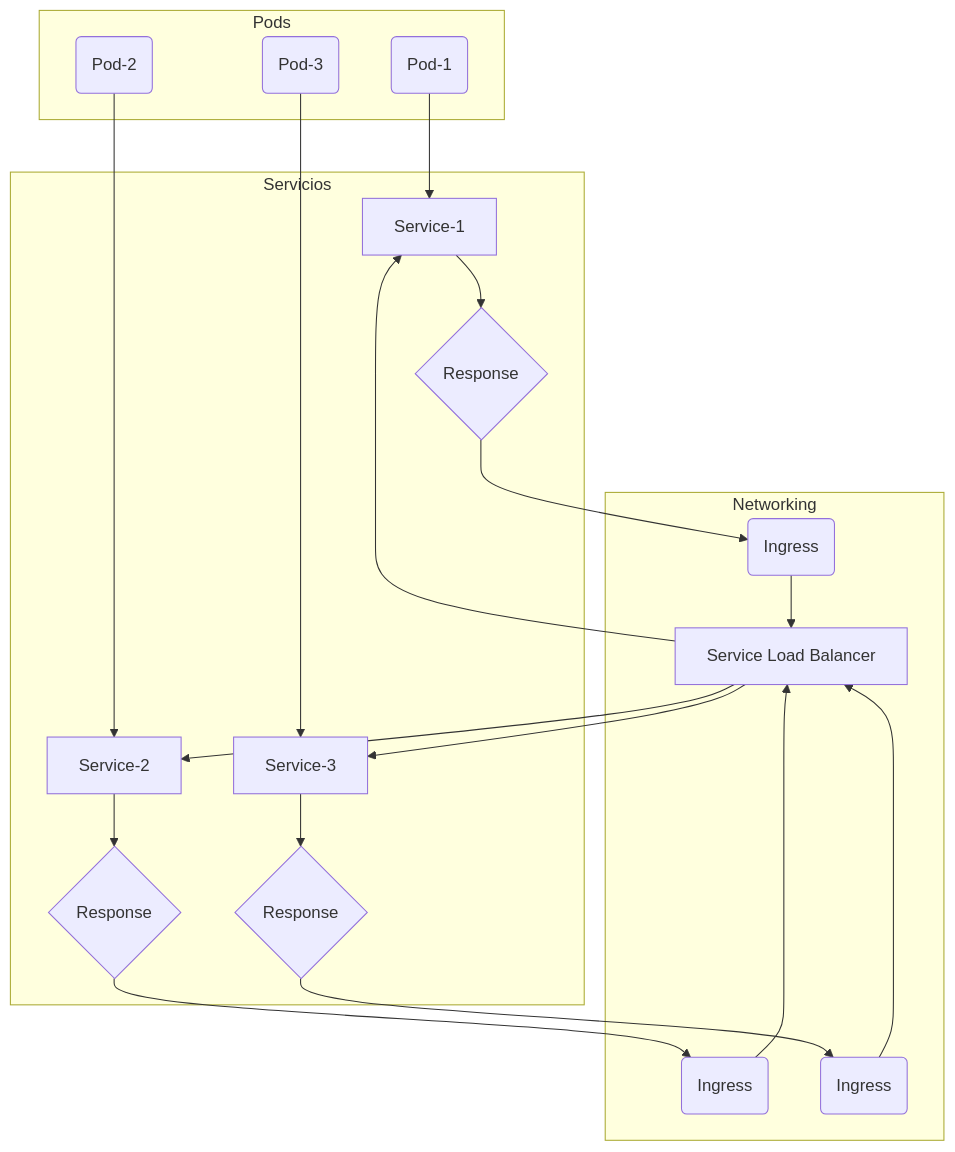
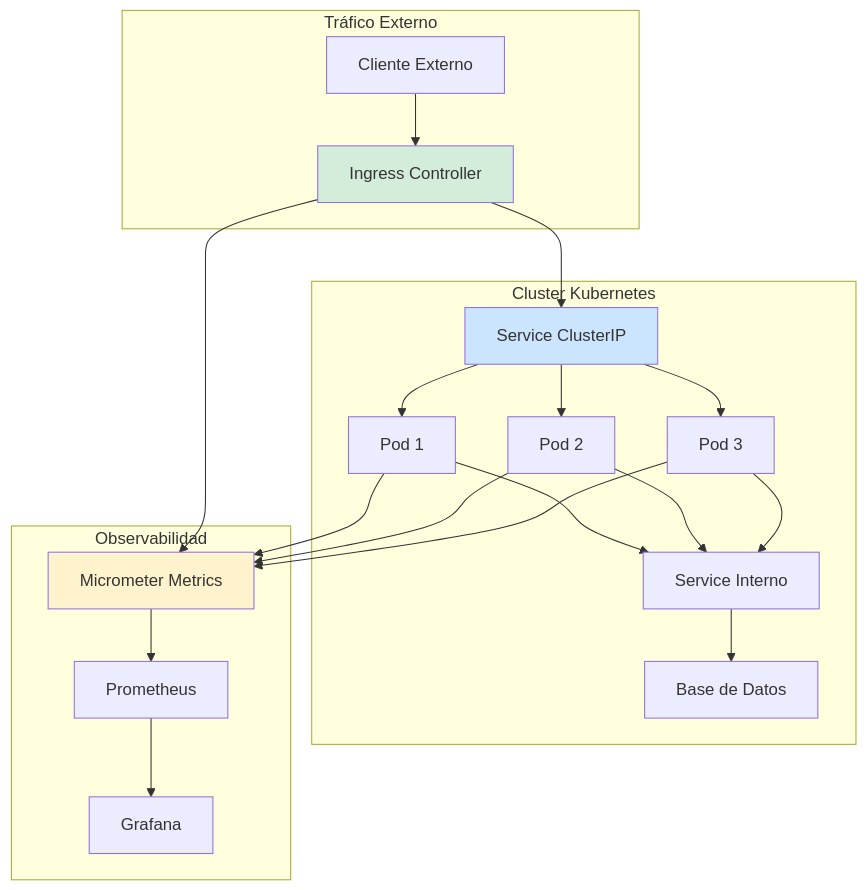
The first of 3 diagrams in _Review/networking_en_kubernetes_pods_services_ingress/networking_en_kubernetes_pods_services_ingress.md (Joaquinriosheredia/DAM-Java-Mastery), drawn with Mermaid before and after one commit. The commit also changed other lines of this file, not shown here.

Commit message:
networking_en_kubernetes_pods_services_ingress.md

````diff
--- a/_Review/networking_en_kubernetes_pods_services_ingress/networking_en_kubernetes_pods_services_ingress.md
+++ b/_Review/networking_en_kubernetes_pods_services_ingress/networking_en_kubernetes_pods_services_ingress.md
@@ -216,24 +69,32 @@
 ```mermaid
 graph TD
-    subgraph Servicios
-        A[Service-1] --> B{Response}
-        C[Service-2] --> D{Response}
-        E[Service-3] --> F{Response}
+    subgraph "Tráfico Externo"
+        CLIENT[Cliente Externo] --> INGRESS[Ingress Controller]
     end
-    subgraph Pods
-        G(Pod-1) --> A
-        H(Pod-2) --> C
-        I(Pod-3) --> E
+    
+    subgraph "Cluster Kubernetes"
+        INGRESS --> SVC[Service ClusterIP]
+        SVC --> POD1[Pod 1]
+        SVC --> POD2[Pod 2]
+        SVC --> POD3[Pod 3]
+        
+        POD1 --> INTERNAL_SVC[Service Interno]
+        POD2 --> INTERNAL_SVC
+        POD3 --> INTERNAL_SVC
+        
+        INTERNAL_SVC --> DB[Base de Datos]
     end
-    subgraph Networking
-        B --> J(Ingress)
-        D --> K(Ingress)
-        F --> L(Ingress)
-        J --> M[Service Load Balancer]
-        K --> M
-        L --> M
-        M --> A
-        M --> C
-        M --> E
+    
+    subgraph "Observabilidad"
+        INGRESS --> METRICS[Micrometer Metrics]
+        POD1 --> METRICS
+        POD2 --> METRICS
+        POD3 --> METRICS
+        METRICS --> PROM[Prometheus]
+        PROM --> GRAF[Grafana]
     end
+    
+    style INGRESS fill:#d4edda
+    style SVC fill:#cce5ff
+    style METRICS fill:#fff3cd
 ```
````
